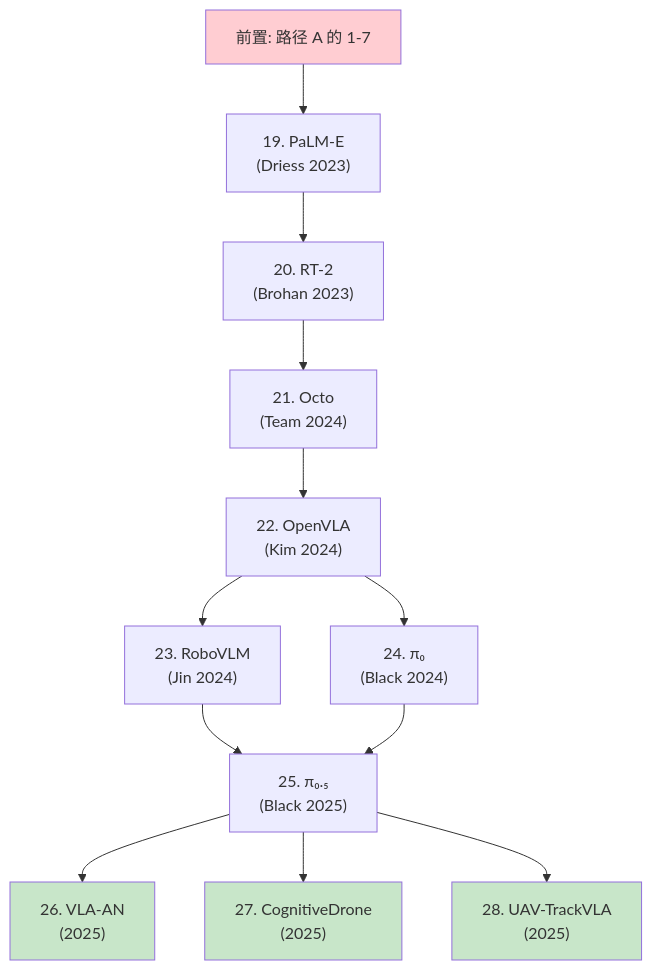
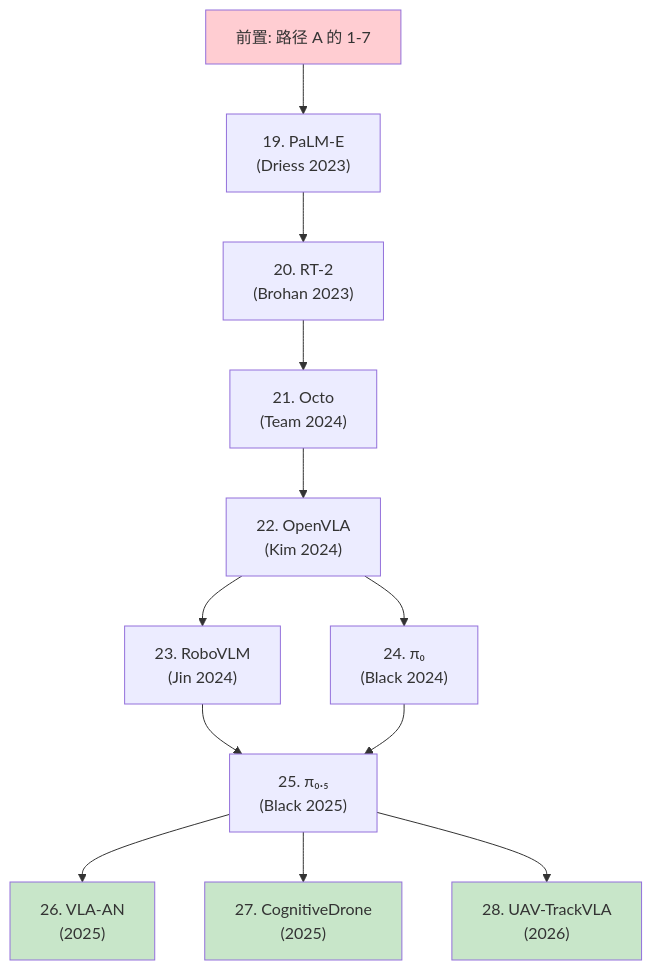
Before and after one commit to Qxy661/UAV-WM-VLA-Learning: the fourth of 13 diagrams in mindmaps/reading-order.md, drawn with Mermaid. The commit also changed other lines of this file and 32 other files, not shown here.

````diff
--- a/mindmaps/reading-order.md
+++ b/mindmaps/reading-order.md
@@ -108,23 +108,23 @@
 ```mermaid
 graph TD
     C0["前置: 路径 A 的 1-7"] --> C1
 
     C1["19. PaLM-E<br/>(Driess 2023)"] --> C2["20. RT-2<br/>(Brohan 2023)"]
     C2 --> C3["21. Octo<br/>(Team 2024)"]
     C3 --> C4["22. OpenVLA<br/>(Kim 2024)"]
 
     C4 --> C5["23. RoboVLM<br/>(Jin 2024)"]
     C4 --> C6["24. π₀<br/>(Black 2024)"]
 
     C5 --> C7["25. π₀.₅<br/>(Black 2025)"]
     C6 --> C7
 
     C7 --> C8["26. VLA-AN<br/>(2025)"]
     C7 --> C9["27. CognitiveDrone<br/>(2025)"]
-    C7 --> C10["28. UAV-TrackVLA<br/>(2025)"]
+    C7 --> C10["28. UAV-TrackVLA<br/>(2026)"]
 
     style C0 fill:#ffcdd2
     style C8 fill:#c8e6c9
     style C9 fill:#c8e6c9
     style C10 fill:#c8e6c9
 ```
````
